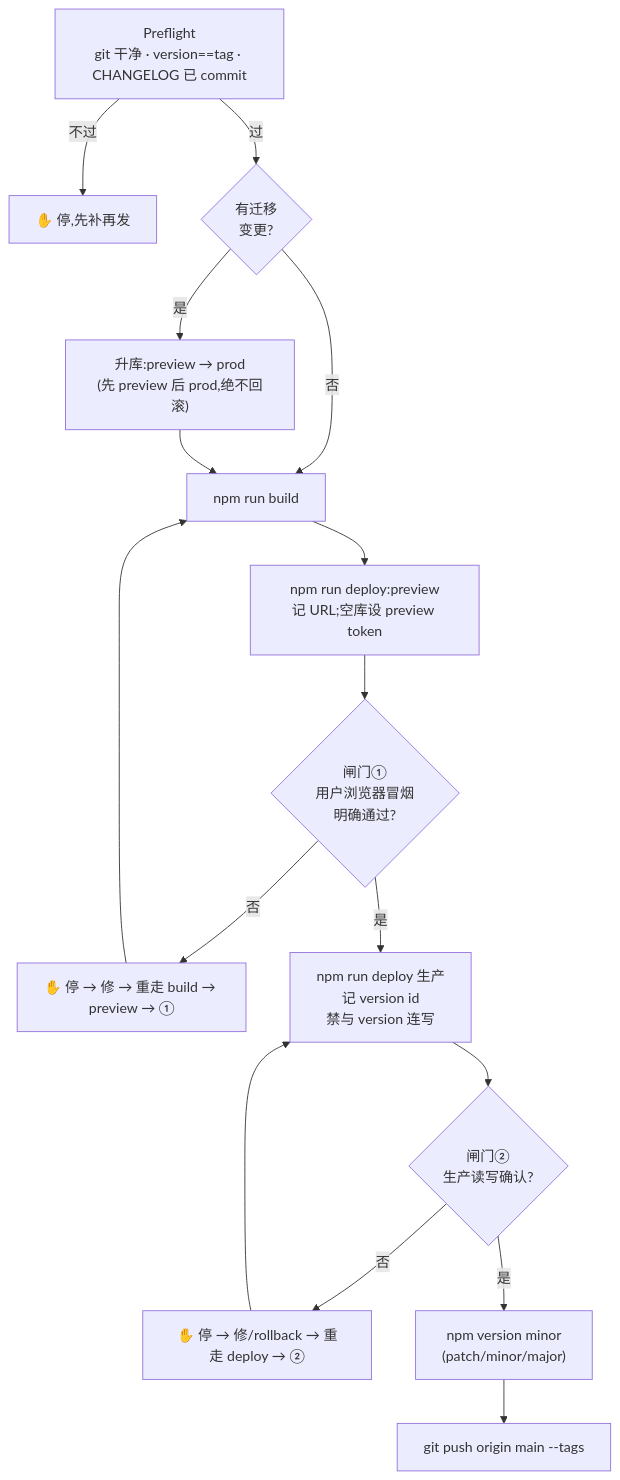
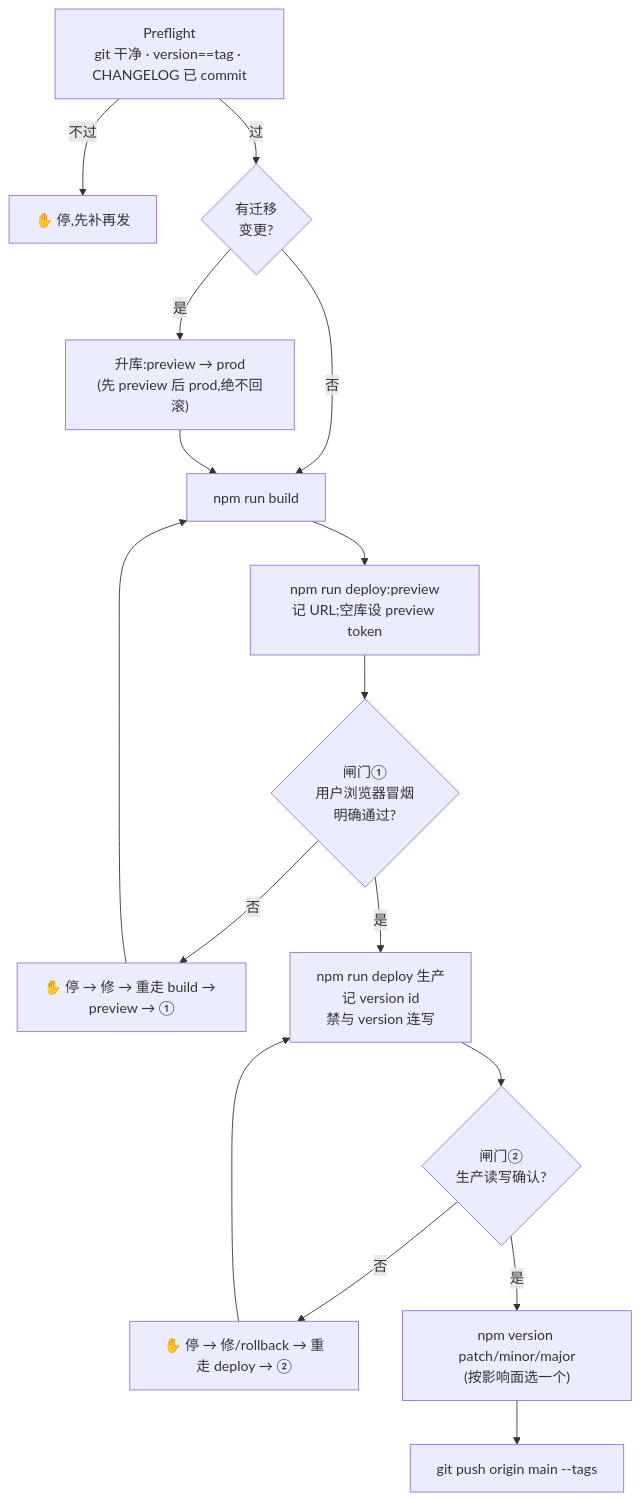
The diagram in .claude/skills/release/SKILL.md (7hens/jazz), drawn with Mermaid before and after one commit. The commit also changed other lines of this file and 6 other files, not shown here.

````diff
--- a/.claude/skills/release/SKILL.md
+++ b/.claude/skills/release/SKILL.md
@@ -15,18 +15,18 @@
 ```mermaid
 flowchart TD
     A["Preflight<br/>git 干净 · version==tag · CHANGELOG 已 commit"] -->|不过| A1["✋ 停,先补再发"]
     A -->|过| B{"有迁移<br/>变更?"}
     B -->|是| C["升库:preview → prod<br/>(先 preview 后 prod,绝不回滚)"]
     B -->|否| D["npm run build"]
     C --> D
     D --> E["npm run deploy:preview<br/>记 URL;空库设 preview token"]
     E --> F{"闸门①<br/>用户浏览器冒烟<br/>明确通过?"}
     F -->|否| F1["✋ 停 → 修 → 重走 build → preview → ①"]
     F1 --> D
     F -->|是| G["npm run deploy 生产<br/>记 version id<br/>禁与 version 连写"]
     G --> H{"闸门②<br/>生产读写确认?"}
     H -->|否| H1["✋ 停 → 修/rollback → 重走 deploy → ②"]
     H1 --> G
-    H -->|是| I["npm version minor<br/>(patch/minor/major)"]
+    H -->|是| I["npm version patch/minor/major<br/>(按影响面选一个)"]
     I --> J["git push origin main --tags"]
 ```
````
